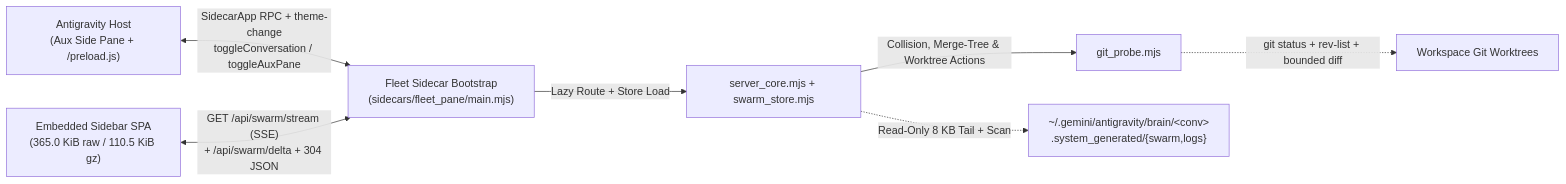
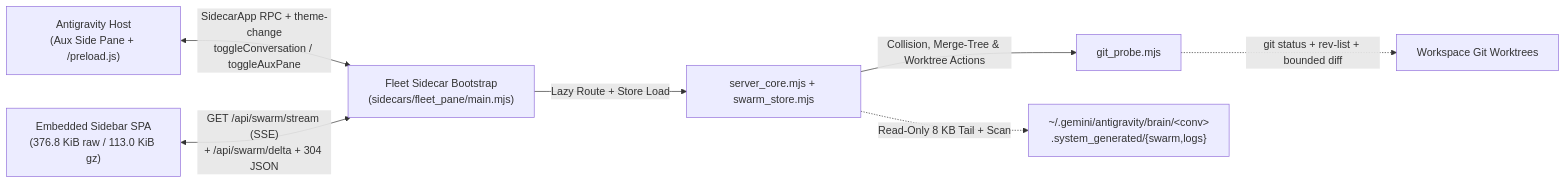
One commit to cayleb-james2008/dsh-fleet changed the diagram in README.md. Above: the diagram before and after it, drawn with Mermaid. The commit also changed other lines of this file and 19 other files, not shown here.

````diff
--- a/README.md
+++ b/README.md
@@ -91,9 +100,9 @@
 ```mermaid
 flowchart LR
     Host["Antigravity Host<br/>(Aux Side Pane + /preload.js)"] <-->|"SidecarApp RPC + theme-change<br/>toggleConversation / toggleAuxPane"| Backend["Fleet Sidecar Bootstrap<br/>(sidecars/fleet_pane/main.mjs)"]
-    UI["Embedded Sidebar SPA<br/>(365.0 KiB raw / 110.5 KiB gz)"] <-->|"GET /api/swarm/stream (SSE)<br/>+ /api/swarm/delta + 304 JSON"| Backend
+    UI["Embedded Sidebar SPA<br/>(376.8 KiB raw / 113.0 KiB gz)"] <-->|"GET /api/swarm/stream (SSE)<br/>+ /api/swarm/delta + 304 JSON"| Backend
     Backend -->|"Lazy Route + Store Load"| Core["server_core.mjs + swarm_store.mjs"]
     Core -->|"Collision, Merge-Tree & Worktree Actions"| Git["git_probe.mjs"]
     Core -.->|"Read-Only 8 KB Tail + Scan"| Brain["~/.gemini/antigravity/brain/&lt;conv&gt;<br/>.system_generated/{swarm,logs}"]
     Git -.->|"git status + rev-list + bounded diff"| WT["Workspace Git Worktrees"]
 ```
````
